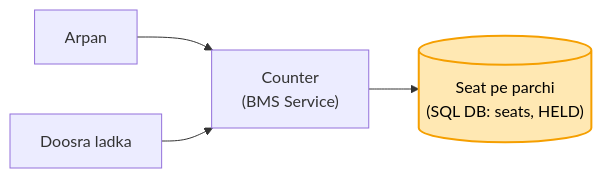
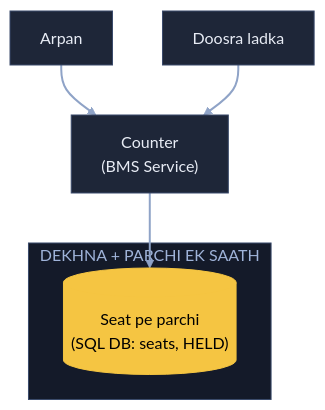
One commit to ArpanMaheshwari144/Prep changed the first of 6 diagrams in 04_HLD/SYSTEM_DESIGNS/09_bookmyshow/09_bookmyshow.md. Above: the diagram before and after it, drawn with Mermaid. The commit also changed other lines of this file, not shown here.

Commit message:
BMS: 6 diagram YouTube (reel) wale card andaaz me

````diff
--- a/04_HLD/SYSTEM_DESIGNS/09_bookmyshow/09_bookmyshow.md
+++ b/04_HLD/SYSTEM_DESIGNS/09_bookmyshow/09_bookmyshow.md
@@ -38,7 +38,18 @@
 ```mermaid
-flowchart LR
-    A["Arpan"] --> S["Counter<br/>(BMS Service)"]
-    L["Doosra ladka"] --> S
-    S --> D[("Seat pe parchi<br/>(SQL DB: seats, HELD)")]
-    style D fill:#ffe8b3,stroke:#f59f00,stroke-width:2px,color:#000
+flowchart TB
+    A["Arpan"]:::card
+    L["Doosra ladka"]:::card
+    S["Counter<br/>(BMS Service)"]:::card
+    subgraph EK["DEKHNA + PARCHI EK SAATH"]
+        D[("Seat pe parchi<br/>(SQL DB: seats, HELD)")]:::pill
+    end
+    A --> S
+    L --> S
+    S --> D
+    linkStyle default stroke:#8fa3c7,stroke-width:2px
+    classDef card fill:#1e2638,stroke:#3a4a6b,color:#e8ecf5
+    classDef pill fill:#f5c542,stroke:#f5c542,color:#000
+    classDef good fill:#2e7d4f,stroke:#3fbf6f,color:#fff
+    classDef bad fill:#5c1f24,stroke:#e05561,color:#fff
+    style EK fill:#141a29,stroke:#3a4a6b,color:#9fb3d9
 ```
````
